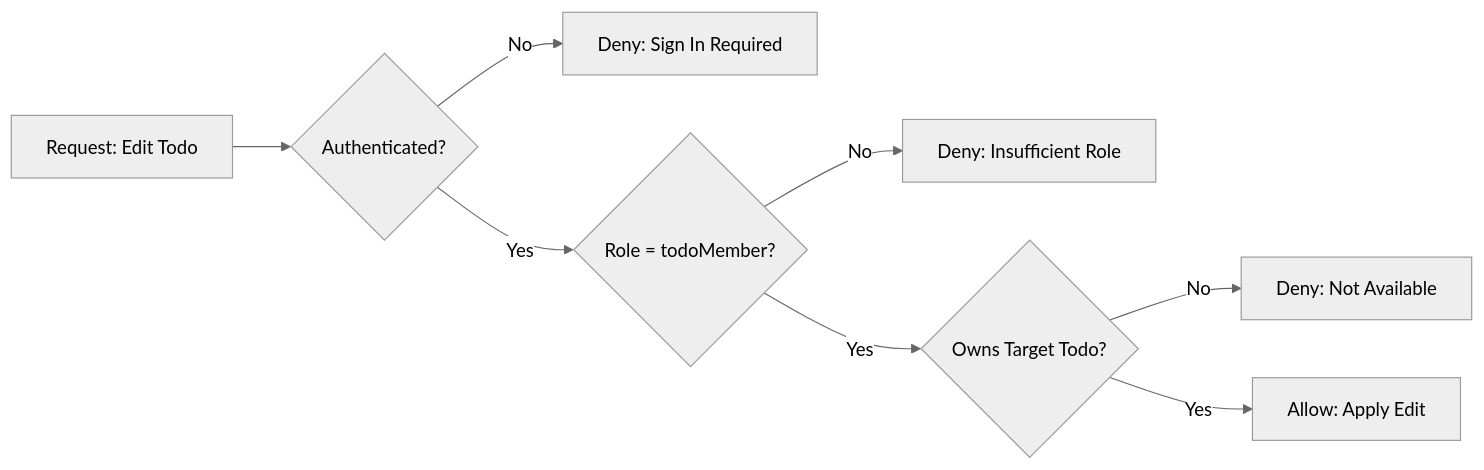
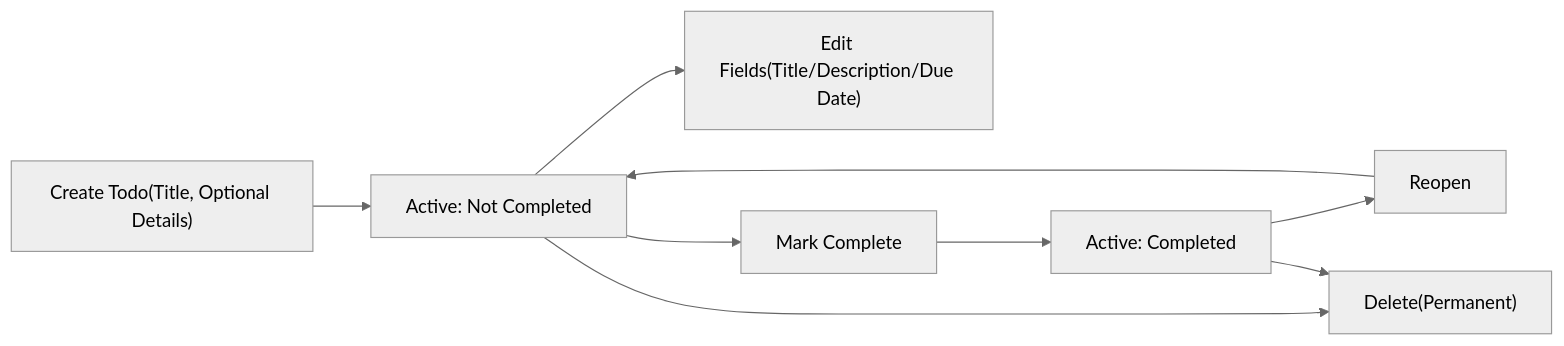
One commit to wrtnlabs/autobe-examples changed the second of 2 diagrams in openai/gpt-5/todo/docs/analysis/07-error-handling-and-recovery.md. Above: the diagram before and after it, drawn with Mermaid (neutral theme). The commit also changed other lines of this file and 16146 other files, not shown here.

````diff
--- a/openai/gpt-5/todo/docs/analysis/07-error-handling-and-recovery.md
+++ b/openai/gpt-5/todo/docs/analysis/07-error-handling-and-recovery.md
@@ -148,10 +154,11 @@
 ```mermaid
 graph LR
-  A["Request: Edit Todo"] --> B{"Authenticated?"}
-  B -->|"No"| C["Deny: Sign In Required"]
-  B -->|"Yes"| D{"Role = todoMember?"}
-  D -->|"No"| E["Deny: Insufficient Role"]
-  D -->|"Yes"| F{"Owns Target Todo?"}
-  F -->|"No"| G["Deny: Not Available"]
-  F -->|"Yes"| H["Allow: Apply Edit"]
+  A["Create Todo(Title, Optional Details)"] --> B["Active: Not Completed"]
+  B --> C["Edit Fields(Title/Description/Due Date)"]
+  B --> D["Mark Complete"]
+  D --> E["Active: Completed"]
+  E --> F["Reopen"]
+  F --> B
+  B --> G["Delete(Permanent)"]
+  E --> G
 ```
````
